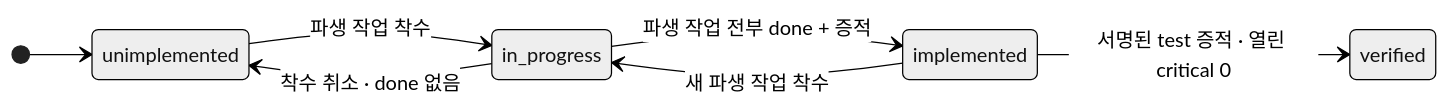
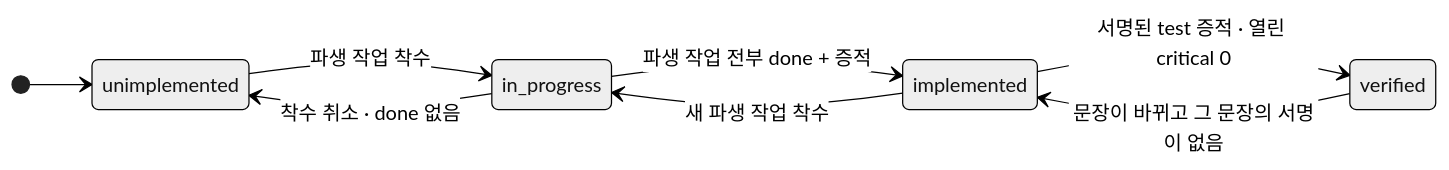
Before and after one commit to worker-ants/nerv: the second of 3 diagrams in docs/03-proposal/spec-workflow.md, drawn with Mermaid (neutral theme). The commit also changed other lines of this file and 31 other files, not shown here.

First line of the commit message:
feat(api,web,schema,docs): 검증 서명은 그 문장에 대한 것이다 — 다시 검증 필요 · 영향 없음 확인 (REQ-API-190 · REQ-WEB-241) (#144)

````diff
--- a/docs/03-proposal/spec-workflow.md
+++ b/docs/03-proposal/spec-workflow.md
@@ -118,10 +120,11 @@
 ```mermaid
 stateDiagram-v2
     direction LR
     [*] --> unimplemented
     unimplemented --> in_progress: 파생 작업 착수
     in_progress --> implemented: 파생 작업 전부 done + 증적
     implemented --> verified: 서명된 test 증적 · 열린 critical 0
     in_progress --> unimplemented: 착수 취소 · done 없음
     implemented --> in_progress: 새 파생 작업 착수
+    verified --> implemented: 문장이 바뀌고 그 문장의 서명이 없음
 ```
````
